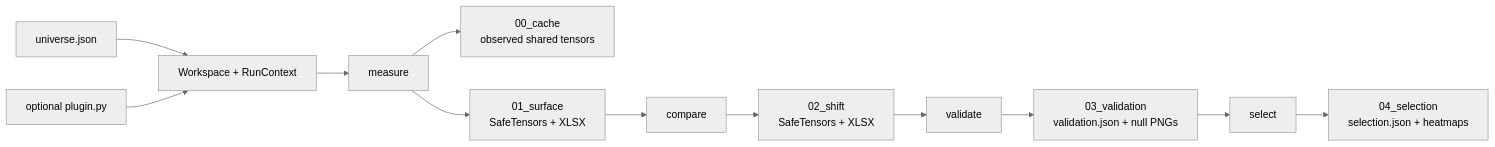
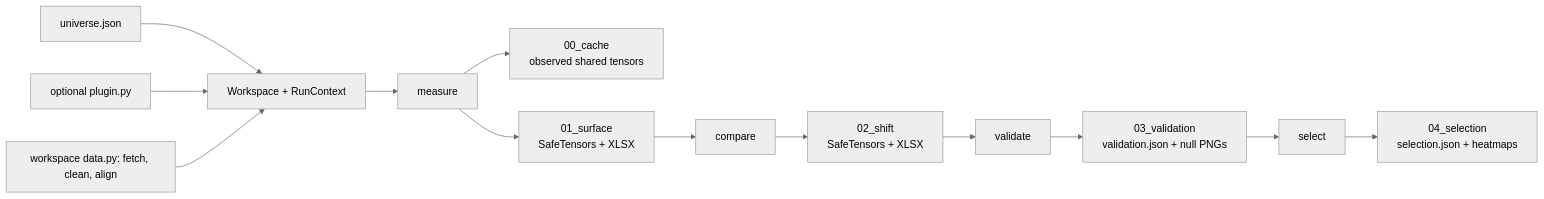
The diagram in src/README.md (doubletrends/alpha-verifier), drawn with Mermaid (neutral theme) before and after one commit. The commit also changed other lines of this file and 58 other files, not shown here.

````diff
--- a/src/README.md
+++ b/src/README.md
@@ -70,14 +70,15 @@
 ```mermaid
 flowchart LR
     U[universe.json] --> C[Workspace + RunContext]
     P[optional plugin.py] --> C
+    D[workspace data.py: fetch, clean, align] --> C
     C --> M[measure]
     M --> C0[00_cache<br/>observed shared tensors]
     M --> A1[01_surface<br/>SafeTensors + XLSX]
     A1 --> X[compare]
     X --> A2[02_shift<br/>SafeTensors + XLSX]
     A2 --> V[validate]
     V --> A3[03_validation<br/>validation.json + null PNGs]
     A3 --> S[select]
     S --> A4[04_selection<br/>selection.json + heatmaps]
 ```
````
